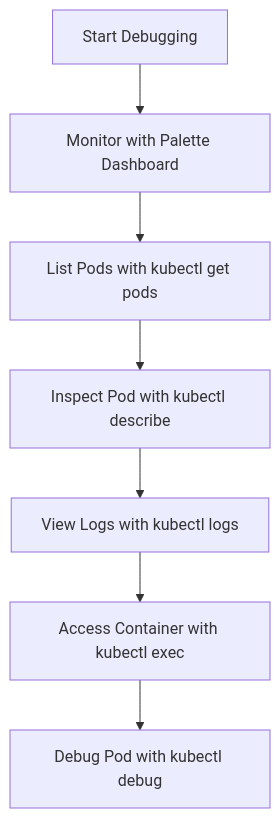
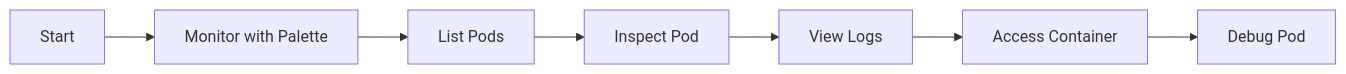
One commit to nicoalba/spectro-assignment changed the diagram in writing-assignment.md. Above: the diagram before and after it, drawn with Mermaid.

````diff
--- a/writing-assignment.md
+++ b/writing-assignment.md
@@ -36,9 +36,9 @@
 ```mermaid
-graph TD
-    A[Start Debugging] --> B[Monitor with Palette Dashboard]
-    B --> C[List Pods with kubectl get pods]
-    C --> D[Inspect Pod with kubectl describe]
-    D --> E[View Logs with kubectl logs]
-    E --> F[Access Container with kubectl exec]
-    F --> G[Debug Pod with kubectl debug]
+graph LR
+    A[Start] --> B[Monitor with Palette]
+    B --> C[List Pods]
+    C --> D[Inspect Pod]
+    D --> E[View Logs]
+    E --> F[Access Container]
+    F --> G[Debug Pod]
 ```
````
